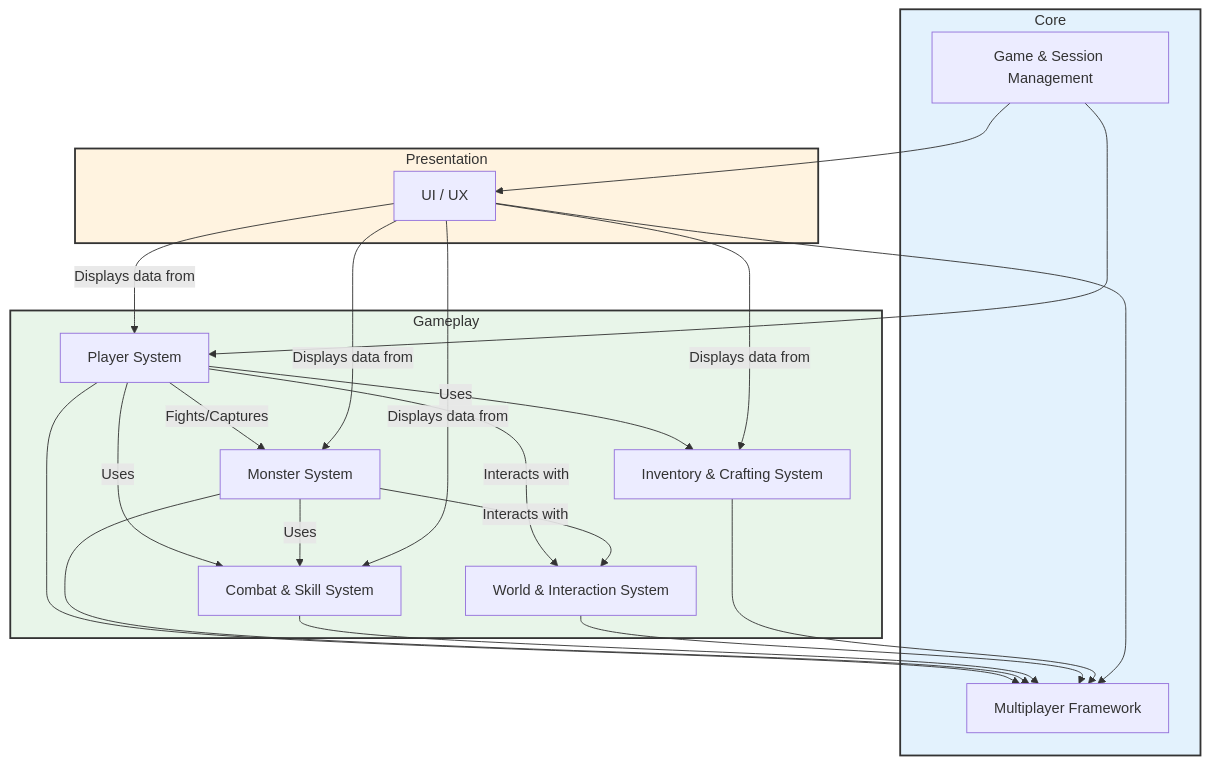
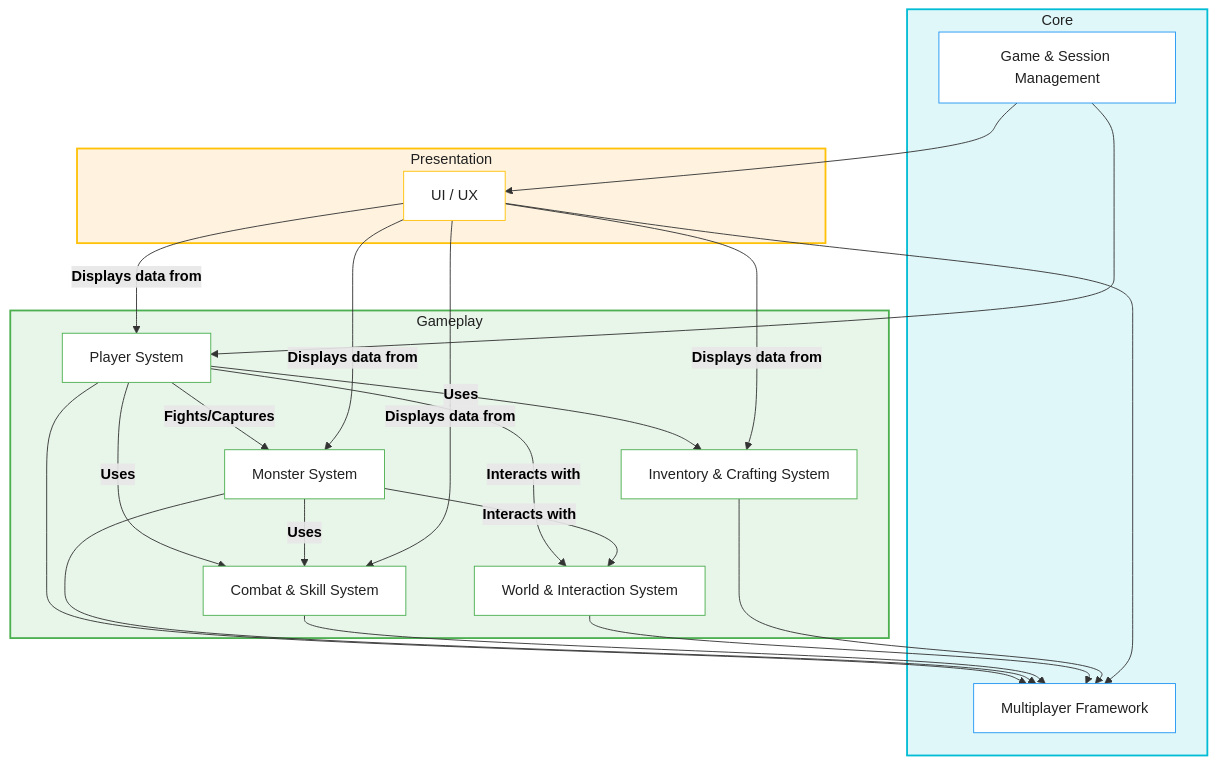
The second of 2 diagrams in Doc/Wiki/1_Project_Overview.md (chungheonLee0325/Sonheim), drawn with Mermaid before and after one commit. The commit also changed other lines of this file and 41 other files, not shown here.

````diff
--- a/Doc/Wiki/1_Project_Overview.md
+++ b/Doc/Wiki/1_Project_Overview.md
@@ -55,29 +55,46 @@
 ```mermaid
 graph TD
     subgraph Core
         A["Multiplayer Framework"]
         B["Game & Session Management"]
     end
 
     subgraph Gameplay
         C["Player System"]
         D["Monster System"]
         E["Combat & Skill System"]
         F["World & Interaction System"]
         G["Inventory & Crafting System"]
     end
 
     subgraph Presentation
         H["UI / UX"]
     end
 
     C --> A; D --> A; E --> A; F --> A; G --> A; H --> A
     B --> C; B --> H
-    C -- Uses --> E; C -- Uses --> G; C -- Interacts with --> F; C -- Fights/Captures --> D
-    D -- Uses --> E; D -- Interacts with --> F
-    H -- Displays data from --> C; H -- Displays data from --> D; H -- Displays data from --> E; H -- Displays data from --> G
+    C -- "Uses" --> E; C -- "Uses" --> G; C -- "Interacts with" --> F; C -- "Fights/Captures" --> D
+    D -- "Uses" --> E; D -- "Interacts with" --> F
+    H -- "Displays data from" --> C; H -- "Displays data from" --> D; H -- "Displays data from" --> E; H -- "Displays data from" --> G
 
-    style Core fill:#e3f2fd,stroke:#333,stroke-width:2px
-    style Gameplay fill:#e8f5e9,stroke:#333,stroke-width:2px
-    style Presentation fill:#fff3e0,stroke:#333,stroke-width:2px
+    style Core fill:#E0F7FA,stroke:#00BCD4,stroke-width:2px,color:#212121
+    style Gameplay fill:#E8F5E9,stroke:#4CAF50,stroke-width:2px,color:#212121
+    style Presentation fill:#FFF3E0,stroke:#FFC107,stroke-width:2px,color:#212121
+
+    style A fill:white,stroke:#2196F3,stroke-width:1px,color:#212121
+    style B fill:white,stroke:#2196F3,stroke-width:1px,color:#212121
+    style C fill:white,stroke:#4CAF50,stroke-width:1px,color:#212121
+    style D fill:white,stroke:#4CAF50,stroke-width:1px,color:#212121
+    style E fill:white,stroke:#4CAF50,stroke-width:1px,color:#212121
+    style F fill:white,stroke:#4CAF50,stroke-width:1px,color:#212121
+    style G fill:white,stroke:#4CAF50,stroke-width:1px,color:#212121
+    style H fill:white,stroke:#FFC107,stroke-width:1px,color:#212121
+
+    linkStyle 0,1,2,3,4,5,6,7,8,9,10,11,12,13,14,15,16,17 stroke:dimgray,stroke-width:1.5px;
+    linkStyle 0,1,2,3,4,5,6,7,8,9,10,11,12,13,14,15,16,17 fill:none;
+    linkStyle 0,1,2,3,4,5,6,7,8,9,10,11,12,13,14,15,16,17 stroke-dasharray:none;
+
+    classDef labelStyle fill:none,stroke:none,color:black,font-weight:bold;
+
+    linkStyle 0,1,2,3,4,5,6,7,8,9,10,11,12,13,14,15,16,17 text-align:center, font-weight:bold, color:black;
 ```
````
